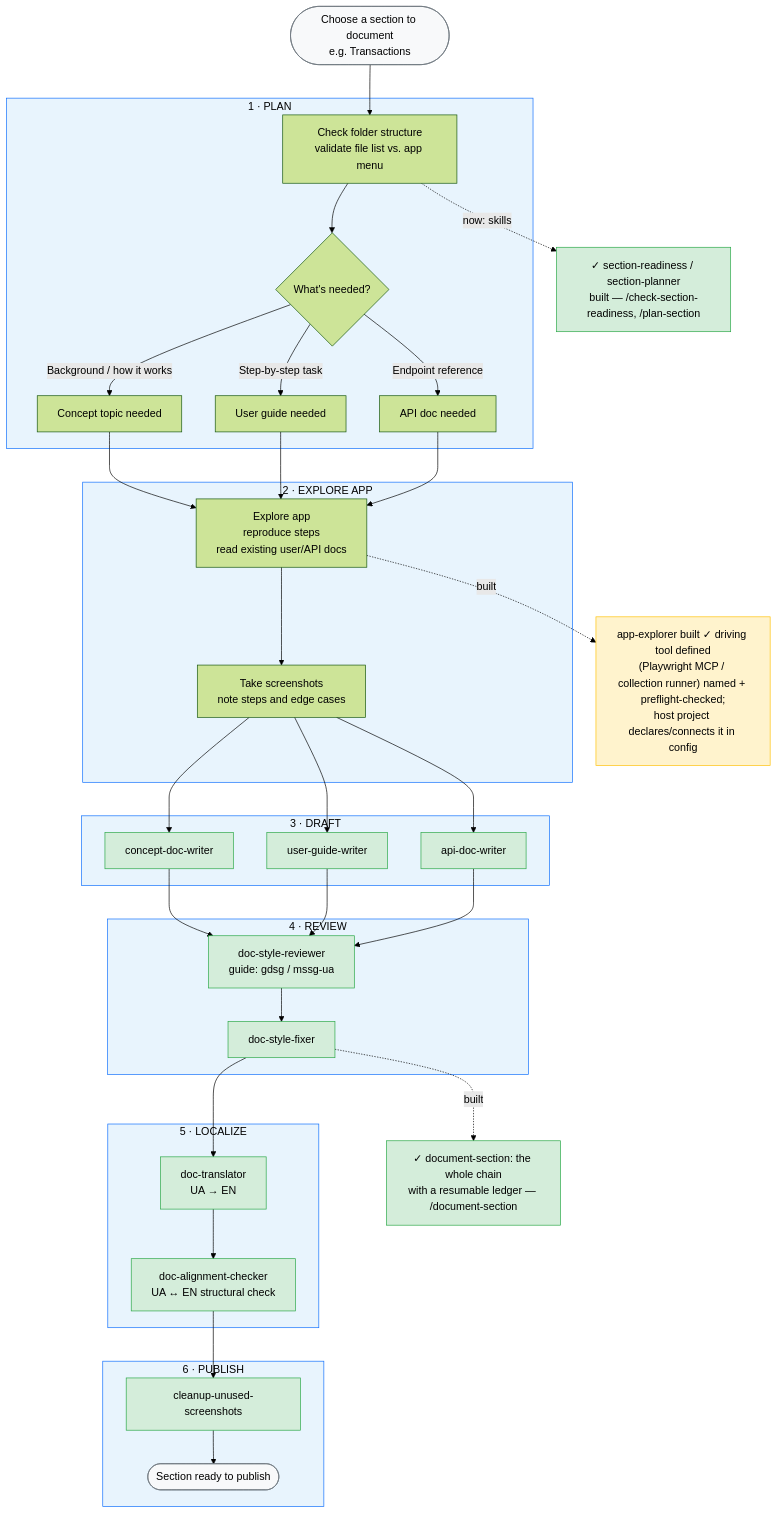
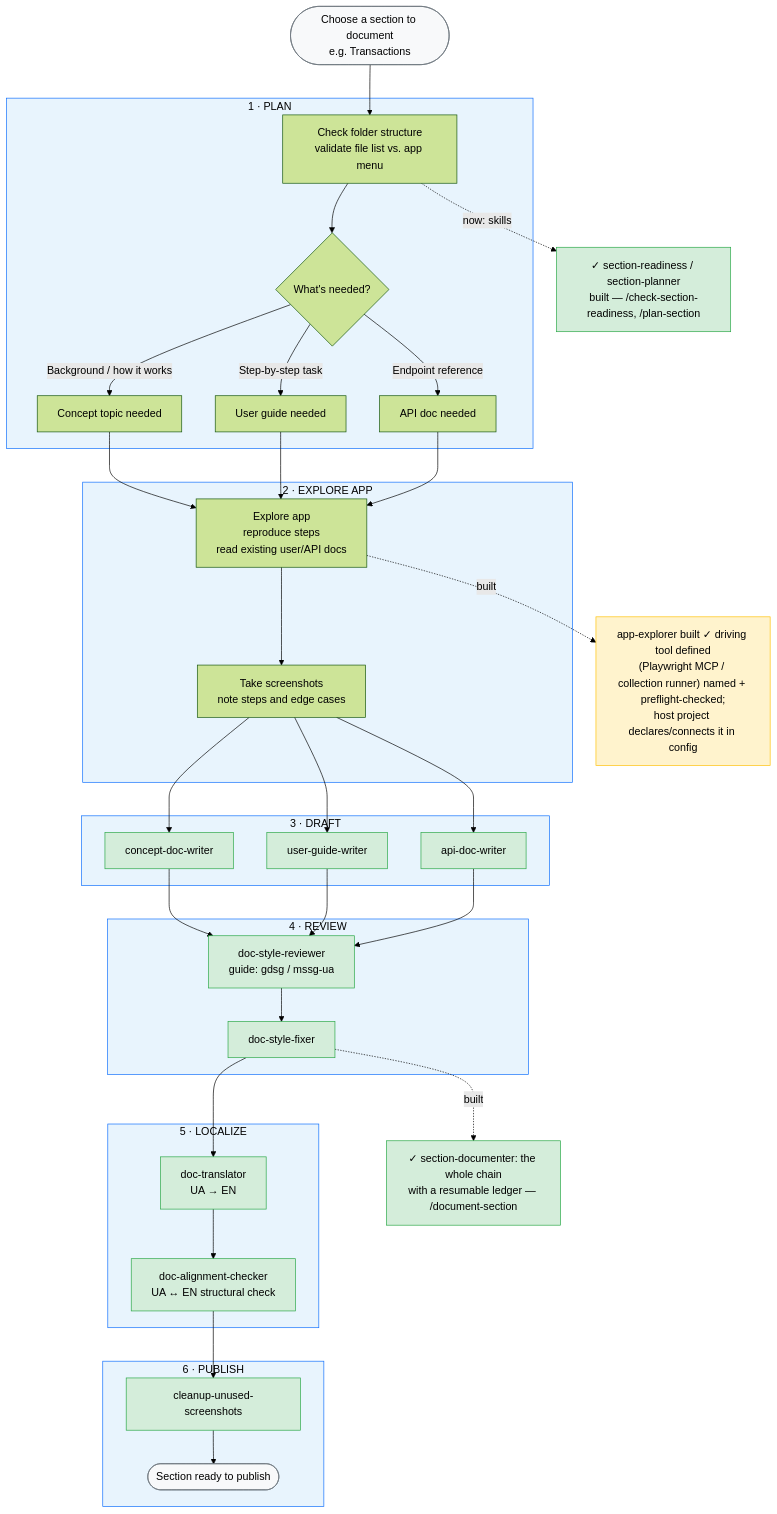
One commit to VadymSachenko/doc-writer-toolkit changed the diagram in WORKFLOW.md. Above: the diagram before and after it, drawn with Mermaid (forest theme). The commit also changed other lines of this file and 18 other files, not shown here.

````diff
--- a/WORKFLOW.md
+++ b/WORKFLOW.md
@@ -7,53 +7,53 @@
 ```mermaid
 flowchart TD
     START([Choose a section to document\ne.g. Transactions]) --> STRUCT
 
     subgraph PLAN["1 · PLAN"]
         STRUCT[Check folder structure\nvalidate file list vs. app menu]
         STRUCT --> FILETYPE{What's needed?}
         FILETYPE -->|Background / how it works| CONCEPT_NEEDED[Concept topic needed]
         FILETYPE -->|Step-by-step task| GUIDE_NEEDED[User guide needed]
         FILETYPE -->|Endpoint reference| API_NEEDED[API doc needed]
     end
 
     subgraph EXPLORE["2 · EXPLORE APP"]
         CONCEPT_NEEDED & GUIDE_NEEDED & API_NEEDED --> APPEXP[Explore app\nreproduce steps\nread existing user/API docs]
         APPEXP --> SCREENS[Take screenshots\nnote steps and edge cases]
     end
 
     subgraph DRAFT["3 · DRAFT"]
         SCREENS --> WRITE_C[concept-doc-writer]
         SCREENS --> WRITE_G[user-guide-writer]
         SCREENS --> WRITE_A[api-doc-writer]
     end
 
     subgraph REVIEW["4 · REVIEW"]
         WRITE_C & WRITE_G & WRITE_A --> STYLE_R[doc-style-reviewer\nguide: gdsg / mssg-ua]
         STYLE_R --> STYLE_F[doc-style-fixer]
     end
 
     subgraph LOCALIZE["5 · LOCALIZE"]
         STYLE_F --> TRANSLATE[doc-translator\nUA → EN]
         TRANSLATE --> ALIGN[doc-alignment-checker\nUA ↔ EN structural check]
     end
 
     subgraph PUBLISH["6 · PUBLISH"]
         ALIGN --> CLEANUP[cleanup-unused-screenshots]
         CLEANUP --> DONE([Section ready to publish])
     end
 
     %% Gap annotations
     STRUCT -.->|now: skills| DONE1["✓ section-readiness / section-planner\nbuilt — /check-section-readiness, /plan-section"]
     APPEXP -.->|built| GAP2["app-explorer built ✓ driving tool defined\n(Playwright MCP / collection runner) named + preflight-checked;\nhost project declares/connects it in config"]
-    STYLE_F -.->|built| DONE3["✓ document-section: the whole chain\nwith a resumable ledger — /document-section"]
+    STYLE_F -.->|built| DONE3["✓ section-documenter: the whole chain\nwith a resumable ledger — /document-section"]
 
     classDef skill fill:#d4edda,stroke:#28a745,color:#000
     classDef gap fill:#fff3cd,stroke:#ffc107,color:#000
     classDef stage fill:#e8f4fd,stroke:#0d6efd,color:#000
     classDef terminal fill:#f8f9fa,stroke:#6c757d,color:#000
 
     class WRITE_C,WRITE_G,WRITE_A,STYLE_R,STYLE_F,TRANSLATE,ALIGN,CLEANUP,DONE1,DONE3 skill
     class GAP2 gap
     class PLAN,EXPLORE,DRAFT,REVIEW,LOCALIZE,PUBLISH stage
     class START,DONE terminal
 ```
````
